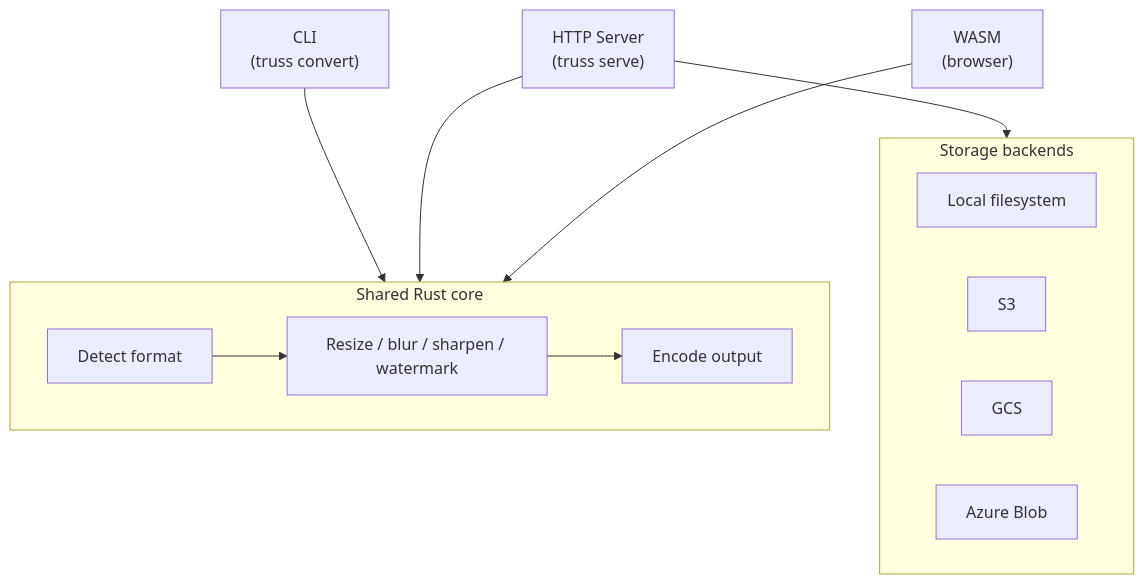
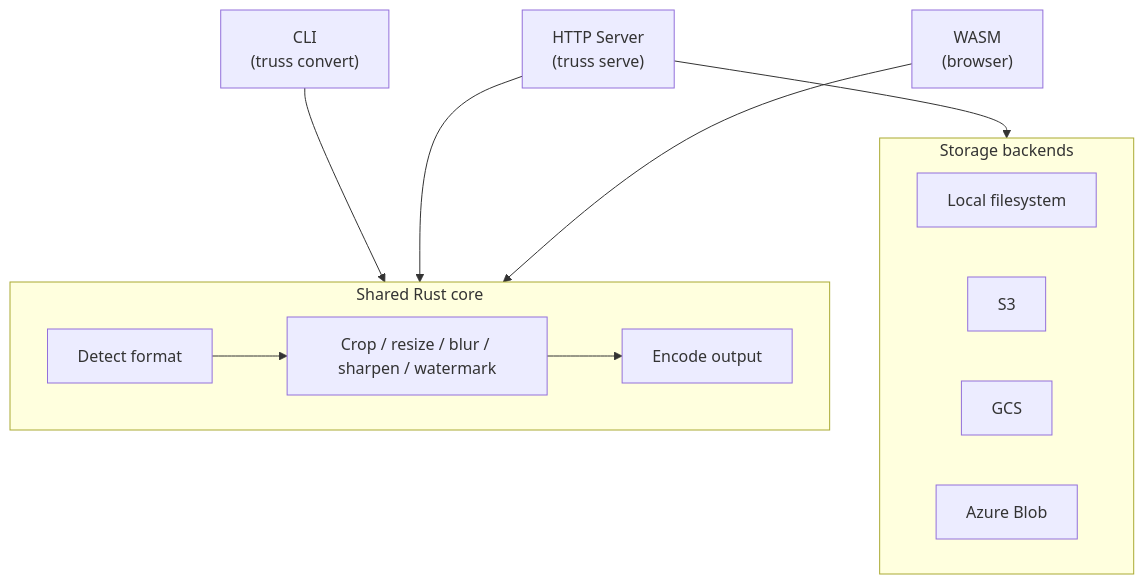
One commit to nao1215/truss changed the first of 2 diagrams in README.md. Above: the diagram before and after it, drawn with Mermaid. The commit also changed other lines of this file and 16 other files, not shown here.

````diff
--- a/README.md
+++ b/README.md
@@ -55,21 +55,21 @@
 ```mermaid
 flowchart TB
     CLI["CLI<br/>(truss convert)"] --> Core
     Server["HTTP Server<br/>(truss serve)"] --> Core
     WASM["WASM<br/>(browser)"] --> Core
 
     subgraph Core["Shared Rust core"]
         direction LR
-        Sniff["Detect format"] --> Transform["Resize / blur / sharpen / watermark"]
+        Sniff["Detect format"] --> Transform["Crop / resize / blur / sharpen / watermark"]
         Transform --> Encode["Encode output"]
     end
 
     Server --> Storage
 
     subgraph Storage["Storage backends"]
         FS["Local filesystem"]
         S3["S3"]
         GCS["GCS"]
         Azure["Azure Blob"]
     end
 ```
````
